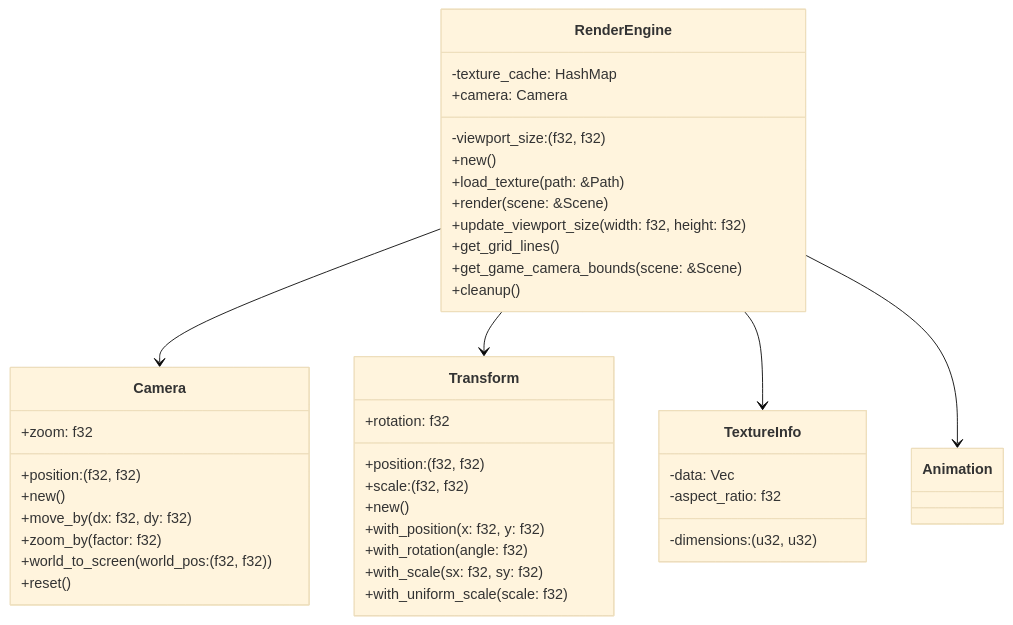
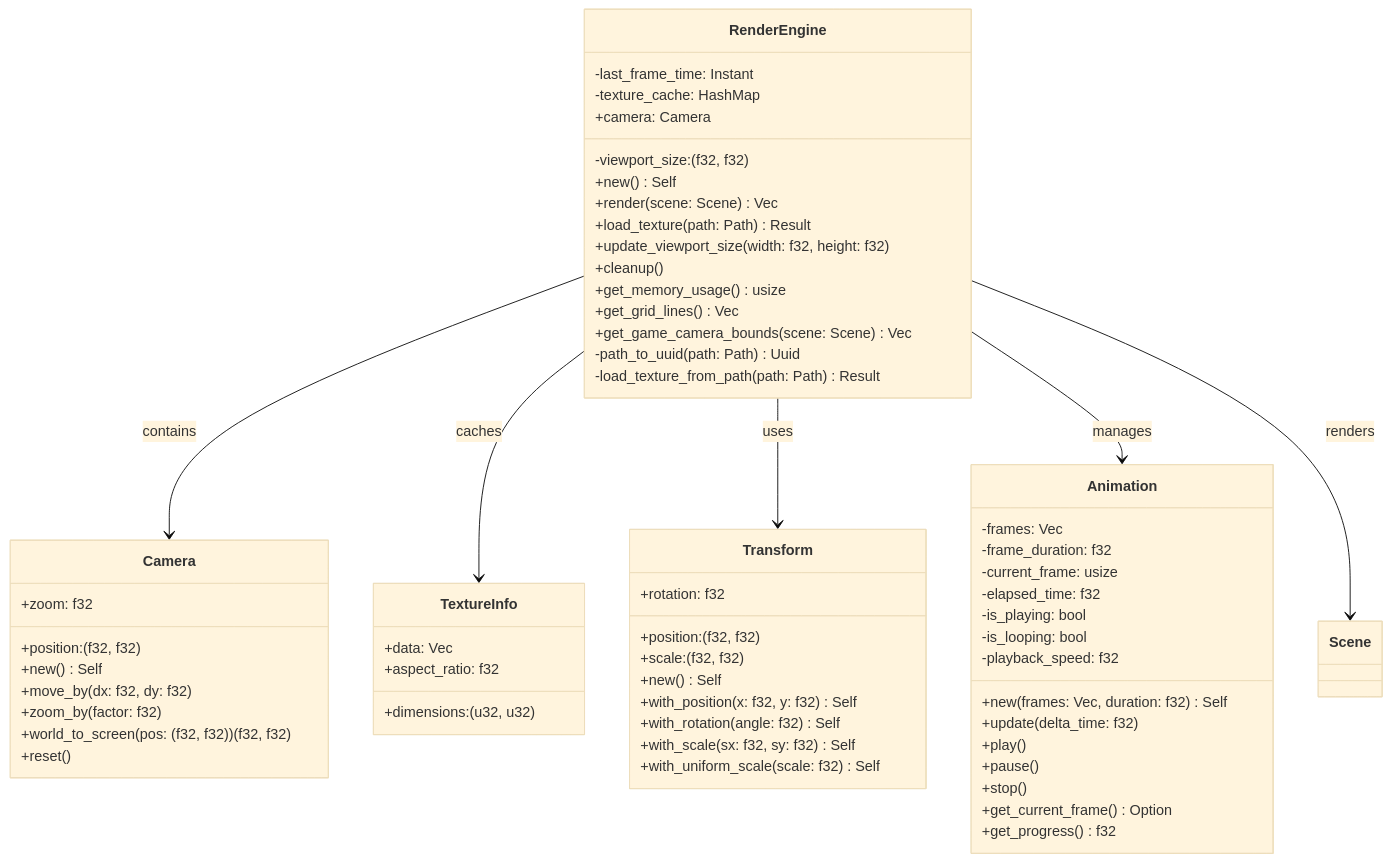
The first of 10 diagrams in README.md (gh0stintheshe11/Rust-2D-Game-Engine), drawn with Mermaid (base theme) before and after one commit. The commit also changed other lines of this file, not shown here.

````diff
--- a/README.md
+++ b/README.md
@@ -63,47 +64,69 @@
 ```mermaid
 classDiagram
-    RenderEngine --> Camera
-    RenderEngine --> Transform
-    RenderEngine --> TextureInfo
-    RenderEngine --> Animation
+    RenderEngine --> Camera : contains
+    RenderEngine --> TextureInfo : caches
+    RenderEngine --> Transform : uses
+    RenderEngine --> Animation : manages
+    RenderEngine --> Scene : renders
 
     class RenderEngine {
         -viewport_size: (f32, f32)
+        -last_frame_time: Instant
         -texture_cache: HashMap<Uuid, TextureInfo>
         +camera: Camera
-        +new()
-        +load_texture(path: &Path)
-        +render(scene: &Scene)
+        +new() Self
+        +render(scene: Scene) Vec<RenderCommand>
+        +load_texture(path: Path) Result<Uuid>
         +update_viewport_size(width: f32, height: f32)
-        +get_grid_lines()
-        +get_game_camera_bounds(scene: &Scene)
         +cleanup()
+        +get_memory_usage() usize
+        +get_grid_lines() Vec<Line>
+        +get_game_camera_bounds(scene: Scene) Vec<Line>
+        -path_to_uuid(path: Path) Uuid
+        -load_texture_from_path(path: Path) Result<TextureInfo>
     }
 
     class Camera {
         +position: (f32, f32)
         +zoom: f32
-        +new()
+        +new() Self
         +move_by(dx: f32, dy: f32)
         +zoom_by(factor: f32)
-        +world_to_screen(world_pos: (f32, f32))
+        +world_to_screen(pos: (f32, f32)) (f32, f32)
         +reset()
+    }
+
+    class TextureInfo {
+        +data: Vec<u8>
+        +dimensions: (u32, u32)
+        +aspect_ratio: f32
     }
 
     class Transform {
         +position: (f32, f32)
         +rotation: f32
         +scale: (f32, f32)
-        +new()
-        +with_position(x: f32, y: f32)
-        +with_rotation(angle: f32)
-        +with_scale(sx: f32, sy: f32)
-        +with_uniform_scale(scale: f32)
+        +new() Self
+        +with_position(x: f32, y: f32) Self
+        +with_rotation(angle: f32) Self
+        +with_scale(sx: f32, sy: f32) Self
+        +with_uniform_scale(scale: f32) Self
     }
 
-    class TextureInfo {
-        -data: Vec<u8>
-        -dimensions: (u32, u32)
-        -aspect_ratio: f32
+    class Animation {
+        -frames: Vec<TextureInfo>
+        -frame_duration: f32
+        -current_frame: usize
+        -elapsed_time: f32
+        -is_playing: bool
+        -is_looping: bool
+        -playback_speed: f32
+        +new(frames: Vec<TextureInfo>, duration: f32) Self
+        +update(delta_time: f32)
+        +play()
+        +pause()
+        +stop()
+        +get_current_frame() Option<TextureInfo>
+        +get_progress() f32
     }
 ```
````
